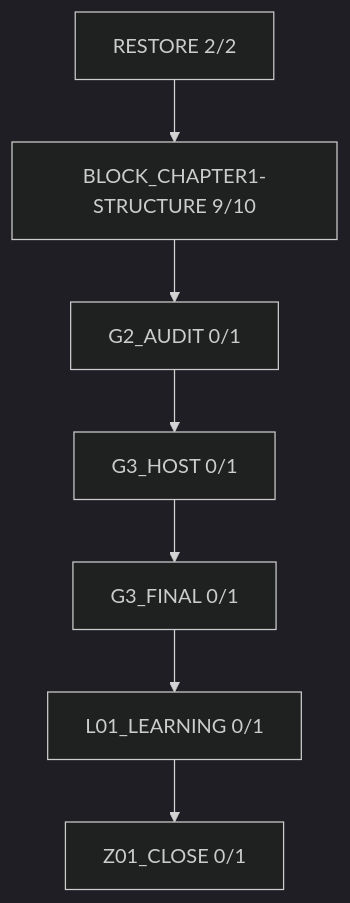
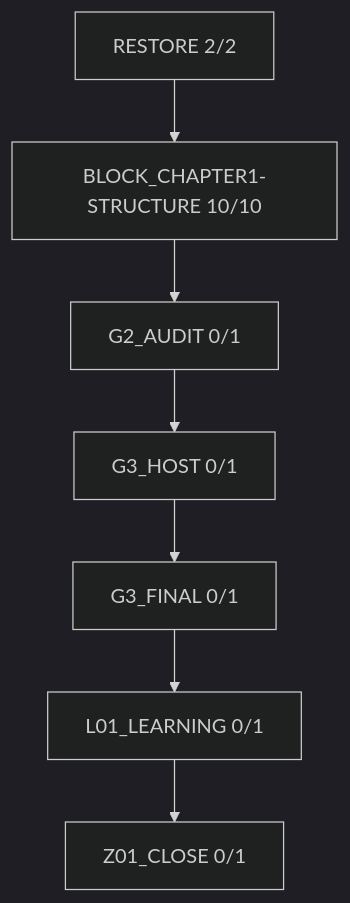
The diagram in work/items/W-MATH-027-three-theme-pedagogy-repair/workflow-p001-r1/generated/FIRE_DIAGRAM.md (rrikunagasige-dot/kyotsu-step-web), drawn with Mermaid (dark theme) before and after one commit. The commit also changed other lines of this file and 60 other files, not shown here.

````diff
--- a/work/items/W-MATH-027-three-theme-pedagogy-repair/workflow-p001-r1/generated/FIRE_DIAGRAM.md
+++ b/work/items/W-MATH-027-three-theme-pedagogy-repair/workflow-p001-r1/generated/FIRE_DIAGRAM.md
@@ -3,16 +3,16 @@
 ```mermaid
 flowchart TD
   N0["RESTORE 2/2"]
-  N1["BLOCK_CHAPTER1-STRUCTURE 9/10"]
+  N1["BLOCK_CHAPTER1-STRUCTURE 10/10"]
   N2["G2_AUDIT 0/1"]
   N3["G3_HOST 0/1"]
   N4["G3_FINAL 0/1"]
   N5["L01_LEARNING 0/1"]
   N6["Z01_CLOSE 0/1"]
   N1 --> N2
   N2 --> N3
   N4 --> N5
   N3 --> N4
   N5 --> N6
   N0 --> N1
 ```
````
